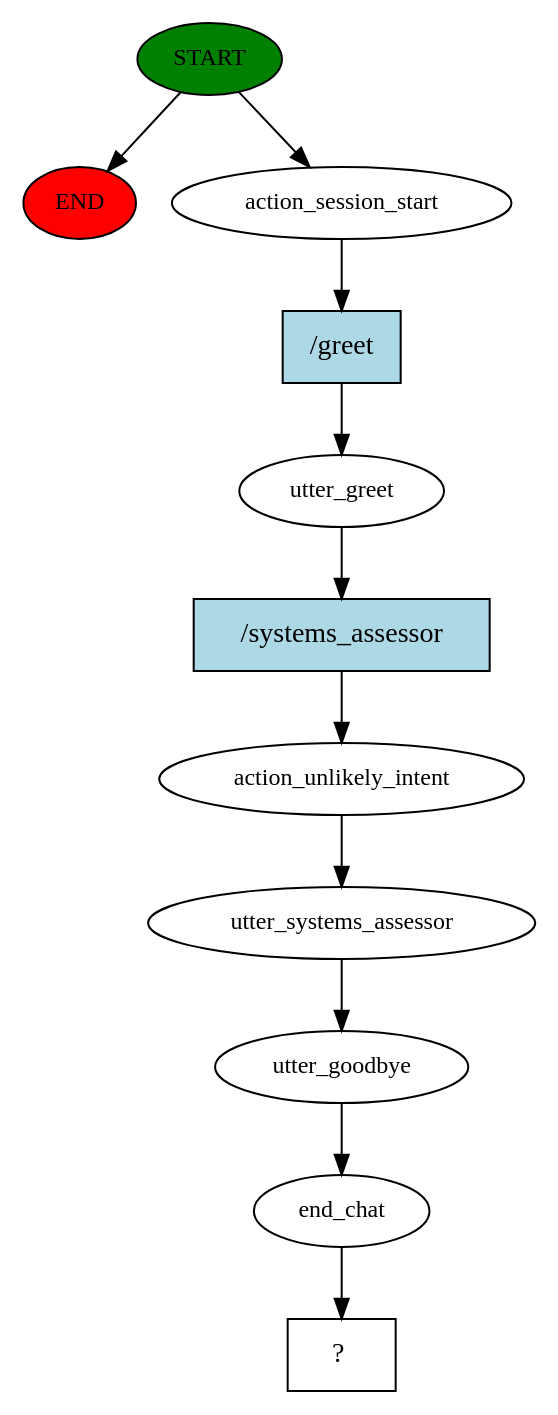
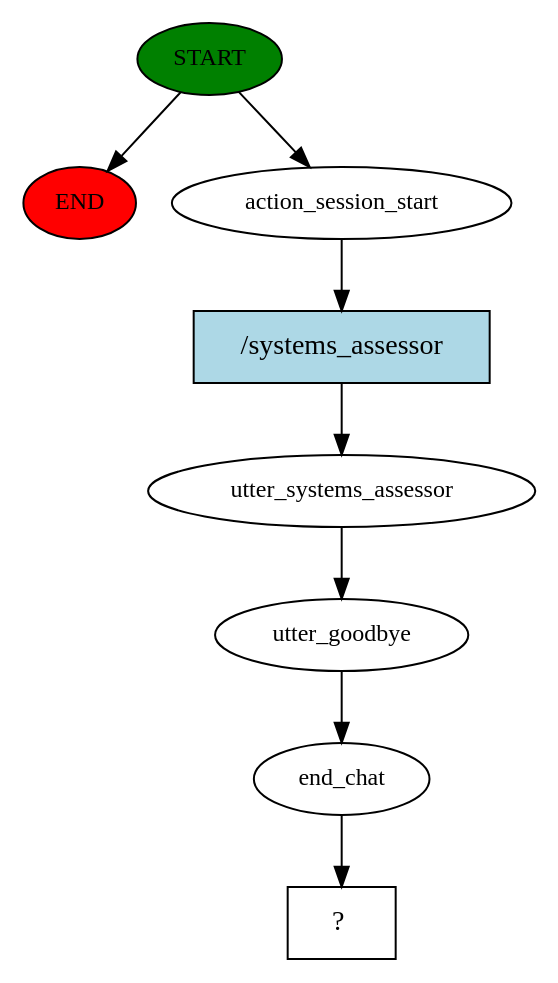
One commit to AlejandroChitivaC/BotPythonRasa changed the diagram in story_graph.dot. Above: the diagram before and after it, drawn with Graphviz. The commit also changed 5 other files, not shown here.

```diff
--- a/story_graph.dot
+++ b/story_graph.dot
@@ -1,23 +1,17 @@
 digraph  {
 0 [class="start active", fillcolor=green, fontsize=12, label=START, style=filled];
 "-1" [class=end, fillcolor=red, fontsize=12, label=END, style=filled];
 1 [class=active, fontsize=12, label=action_session_start];
-2 [class=active, fontsize=12, label=utter_greet];
-3 [class=active, fontsize=12, label=action_unlikely_intent];
-4 [class=active, fontsize=12, label=utter_systems_assessor];
-5 [class=active, fontsize=12, label=utter_goodbye];
-6 [class=active, fontsize=12, label=end_chat];
-7 [class="intent dashed active", label="  ?  ", shape=rect];
-8 [class="intent active", fillcolor=lightblue, label="/greet", shape=rect, style=filled];
-9 [class="intent active", fillcolor=lightblue, label="/systems_assessor", shape=rect, style=filled];
+2 [class=active, fontsize=12, label=utter_systems_assessor];
+3 [class=active, fontsize=12, label=utter_goodbye];
+4 [class=active, fontsize=12, label=end_chat];
+5 [class="intent dashed active", label="  ?  ", shape=rect];
+6 [class="intent active", fillcolor=lightblue, label="/systems_assessor", shape=rect, style=filled];
 0 -> "-1"  [class="", key=NONE, label=""];
 0 -> 1  [class=active, key=NONE, label=""];
-1 -> 8  [class=active, key=0];
-2 -> 9  [class=active, key=0];
+1 -> 6  [class=active, key=0];
+2 -> 3  [class=active, key=NONE, label=""];
 3 -> 4  [class=active, key=NONE, label=""];
 4 -> 5  [class=active, key=NONE, label=""];
-5 -> 6  [class=active, key=NONE, label=""];
-6 -> 7  [class=active, key=NONE, label=""];
-8 -> 2  [class=active, key=0];
-9 -> 3  [class=active, key=0];
+6 -> 2  [class=active, key=0];
 }
```
